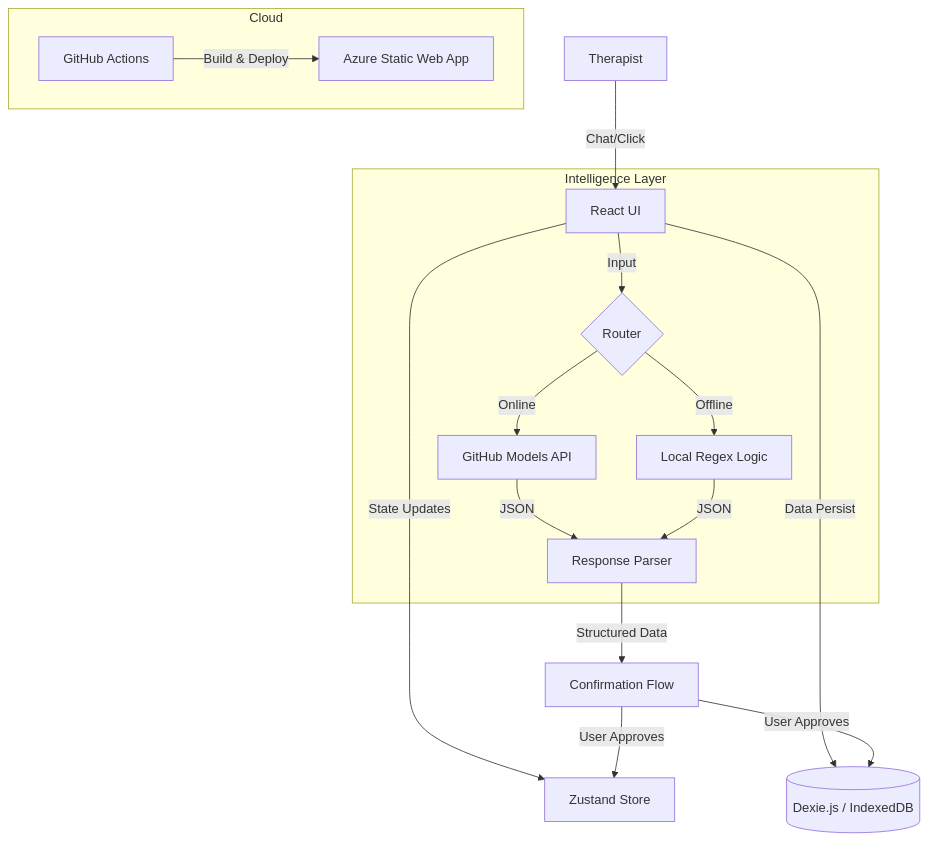
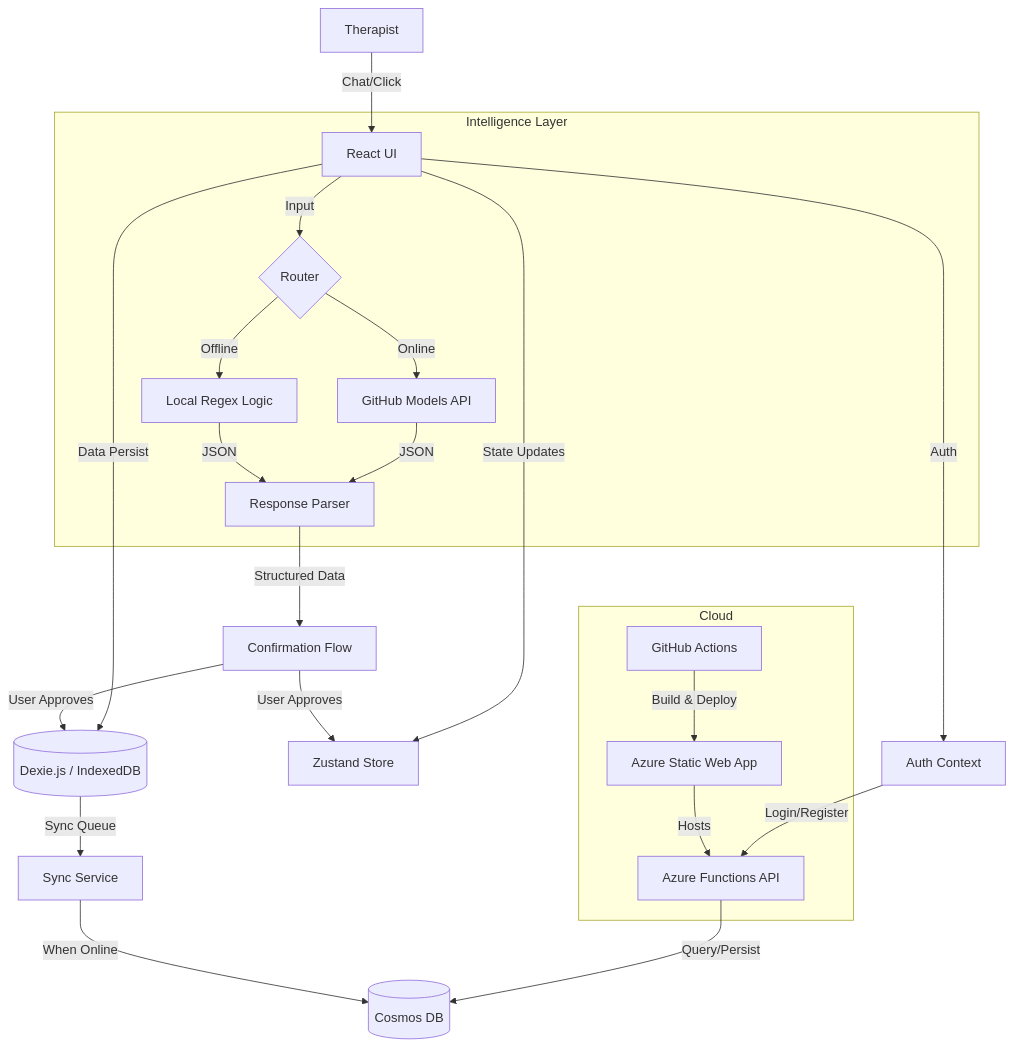
One commit to warrofua/session-copilot-kv7 changed the diagram in architecture.md. Above: the diagram before and after it, drawn with Mermaid. The commit also changed other lines of this file and 11 other files, not shown here.

````diff
--- a/architecture.md
+++ b/architecture.md
@@ -11,22 +11,29 @@
 ```mermaid
 graph TD
     User[Therapist] -->|Chat/Click| UI[React UI]
     UI -->|State Updates| Store[Zustand Store]
     UI -->|Data Persist| DB[(Dexie.js / IndexedDB)]
-    
+    UI -->|Auth| AuthContext[Auth Context]
+
     subgraph Intelligence Layer
         UI -->|Input| Router{Router}
         Router -->|Online| API[GitHub Models API]
         Router -->|Offline| Regex[Local Regex Logic]
         API -->|JSON| Parser[Response Parser]
         Regex -->|JSON| Parser
     end
-    
+
     Parser -->|Structured Data| Confirmation[Confirmation Flow]
     Confirmation -->|User Approves| DB
     Confirmation -->|User Approves| Store
-    
+
+    AuthContext -->|Login/Register| Functions[Azure Functions API]
+    Functions -->|Query/Persist| Cosmos[(Cosmos DB)]
+    DB -->|Sync Queue| SyncService[Sync Service]
+    SyncService -->|When Online| Cosmos
+
     subgraph Cloud
         CI[GitHub Actions] -->|Build & Deploy| SWA[Azure Static Web App]
+        SWA -->|Hosts| Functions
     end
 ```
````
